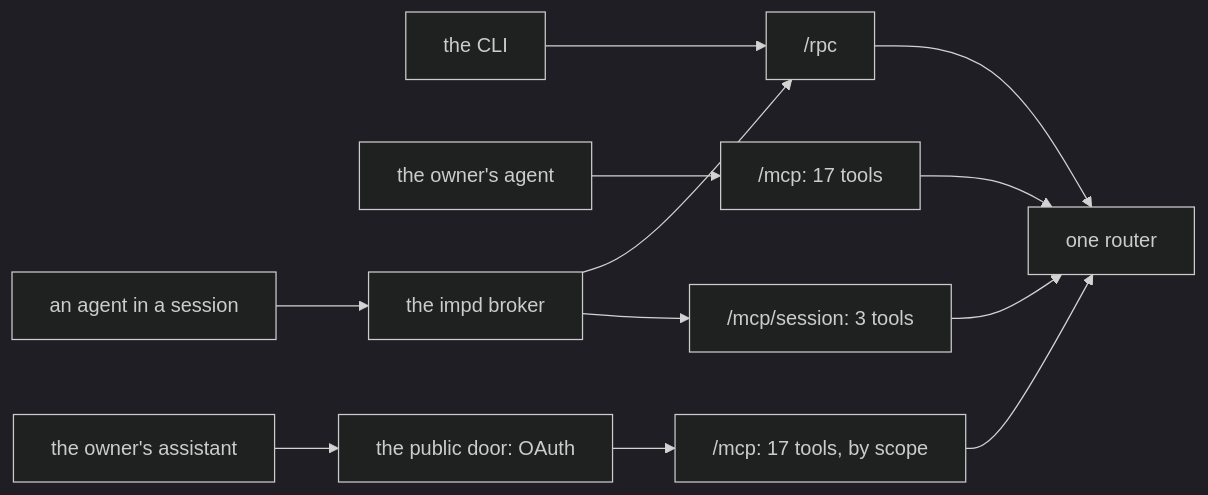
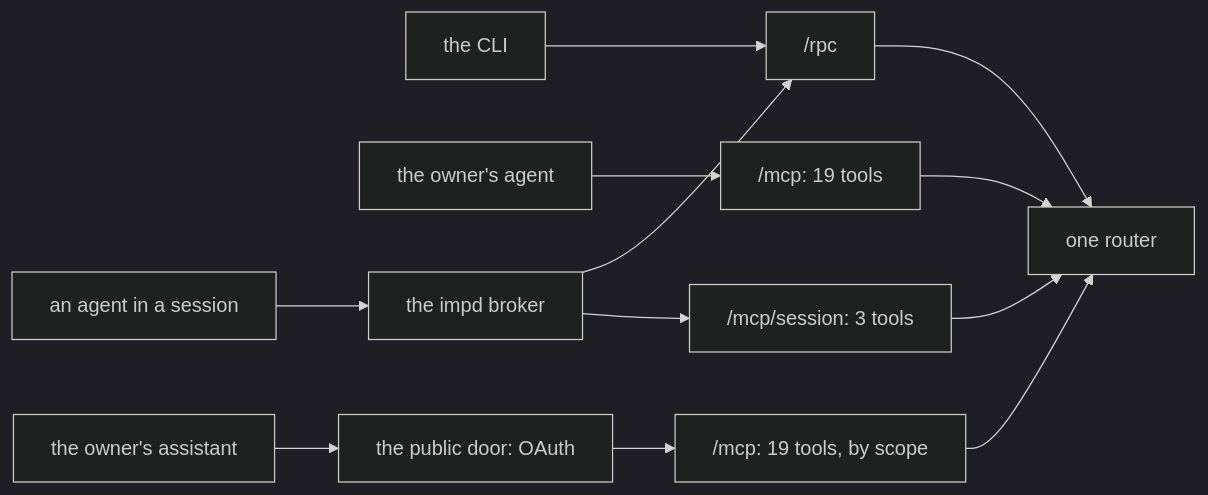
Before and after one commit to zgeoff/boxxy: the diagram in docs/design/boxxy/v1-api-and-auth.md, drawn with Mermaid (dark theme). The commit also changed other lines of this file and 10 other files, not shown here.

Commit message:
fix(server): cap public door bodies and scope runner pause and resume

````diff
--- a/docs/design/boxxy/v1-api-and-auth.md
+++ b/docs/design/boxxy/v1-api-and-auth.md
@@ -7,13 +7,13 @@
 ```mermaid
 flowchart LR
   cli[the CLI] --> rpc["/rpc"]
-  owner[the owner's agent] --> mcp["/mcp: 17 tools"]
-  remote[the owner's assistant] --> oauth[the public door: OAuth] --> pmcp["/mcp: 17 tools, by scope"]
+  owner[the owner's agent] --> mcp["/mcp: 19 tools"]
+  remote[the owner's assistant] --> oauth[the public door: OAuth] --> pmcp["/mcp: 19 tools, by scope"]
   session[an agent in a session] --> broker[the impd broker]
   broker --> rpc
   broker --> smcp["/mcp/session: 3 tools"]
   rpc --> router[one router]
   mcp --> router
   pmcp --> router
   smcp --> router
 ```
````
